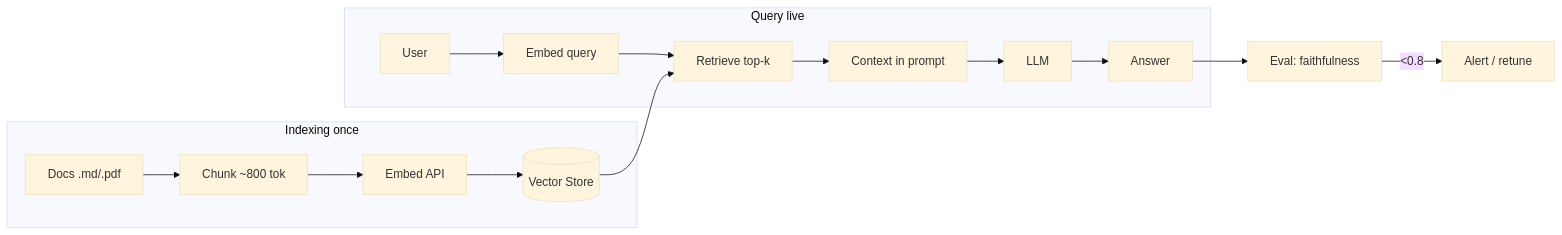
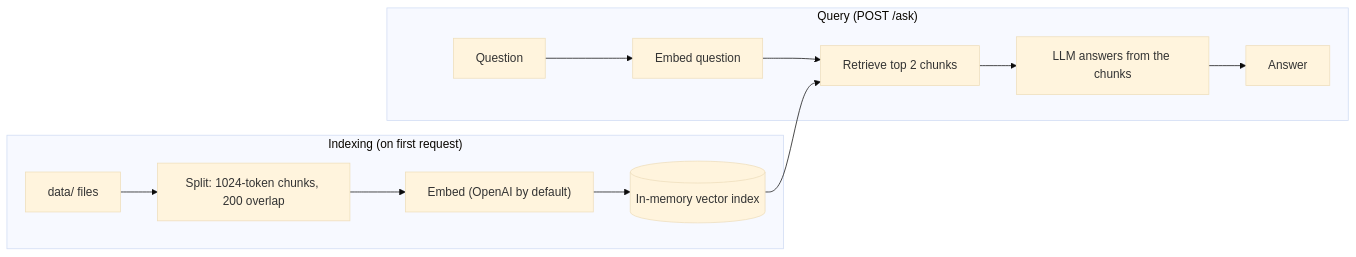
The diagram in README.md (yakim-nick/ai-rag-template), drawn with Mermaid (base theme) before and after one commit. The commit also changed other lines of this file and 2 other files, not shown here.

````diff
--- a/README.md
+++ b/README.md
@@ -16,18 +14,15 @@
 ```mermaid
 flowchart LR
-  subgraph IDX[Indexing  once]
-    D[Docs .md/.pdf] --> CH[Chunk ~800 tok]
-    CH --> EM[Embed API]
-    EM --> VS[(Vector Store)]
+  subgraph IDX["Indexing (on first request)"]
+    D["data/ files"] --> CH["Split: 1024-token chunks, 200 overlap"]
+    CH --> EM["Embed (OpenAI by default)"]
+    EM --> VS[("In-memory vector index")]
   end
-  subgraph Q[Query  live]
-    U[User] --> QE[Embed query]
-    QE --> RT[Retrieve top-k]
+  subgraph Q["Query (POST /ask)"]
+    U["Question"] --> QE["Embed question"]
+    QE --> RT["Retrieve top 2 chunks"]
     VS --> RT
-    RT --> CT[Context in prompt]
-    CT --> LLM[LLM]
-    LLM --> ANS[Answer]
+    RT --> LLM["LLM answers from the chunks"]
+    LLM --> ANS["Answer"]
   end
-  ANS --> EV[Eval: faithfulness]
-  EV -->|<0.8| AL[Alert / retune]
 ```
````
